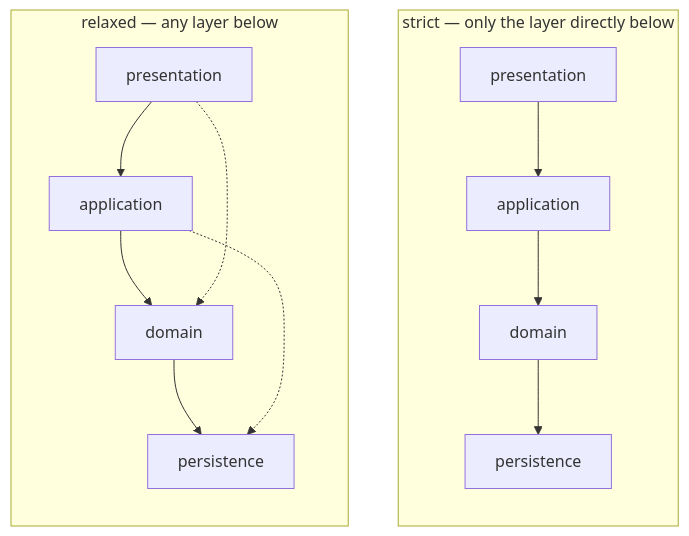
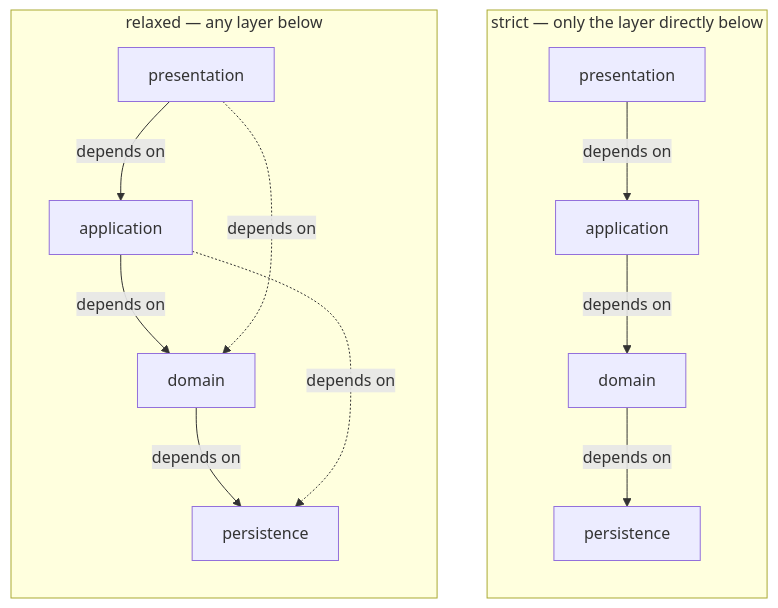
Before and after one commit to Ek-Ita-Swa-Iti/EK_ITA_SWA_2026_fall: the second of 2 diagrams in 08._layered_architecture/README.md, drawn with Mermaid. The commit also changed other lines of this file, not shown here.

Commit message:
S8 Part 1: clarify dependency vs. data-flow direction, relabel diagram edges

````diff
--- a/08._layered_architecture/README.md
+++ b/08._layered_architecture/README.md
@@ -71,17 +73,17 @@
 ```mermaid
 flowchart TB
     subgraph Strict["strict — only the layer directly below"]
         direction TB
-        P1[presentation] --> A1[application]
-        A1 --> D1[domain]
-        D1 --> PS1[persistence]
+        P1[presentation] -->|"depends on"| A1[application]
+        A1 -->|"depends on"| D1[domain]
+        D1 -->|"depends on"| PS1[persistence]
     end
     subgraph Relaxed["relaxed — any layer below"]
         direction TB
-        P2[presentation] --> A2[application]
-        A2 --> D2[domain]
-        D2 --> PS2[persistence]
-        P2 -.-> D2
-        A2 -.-> PS2
+        P2[presentation] -->|"depends on"| A2[application]
+        A2 -->|"depends on"| D2[domain]
+        D2 -->|"depends on"| PS2[persistence]
+        P2 -.->|"depends on"| D2
+        A2 -.->|"depends on"| PS2
     end
 ```
````
